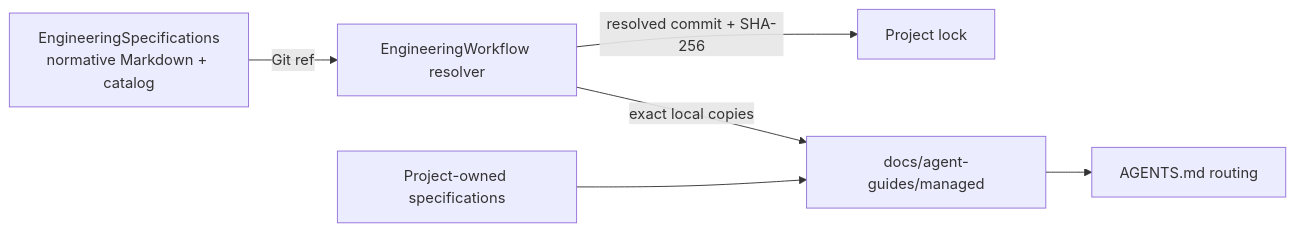
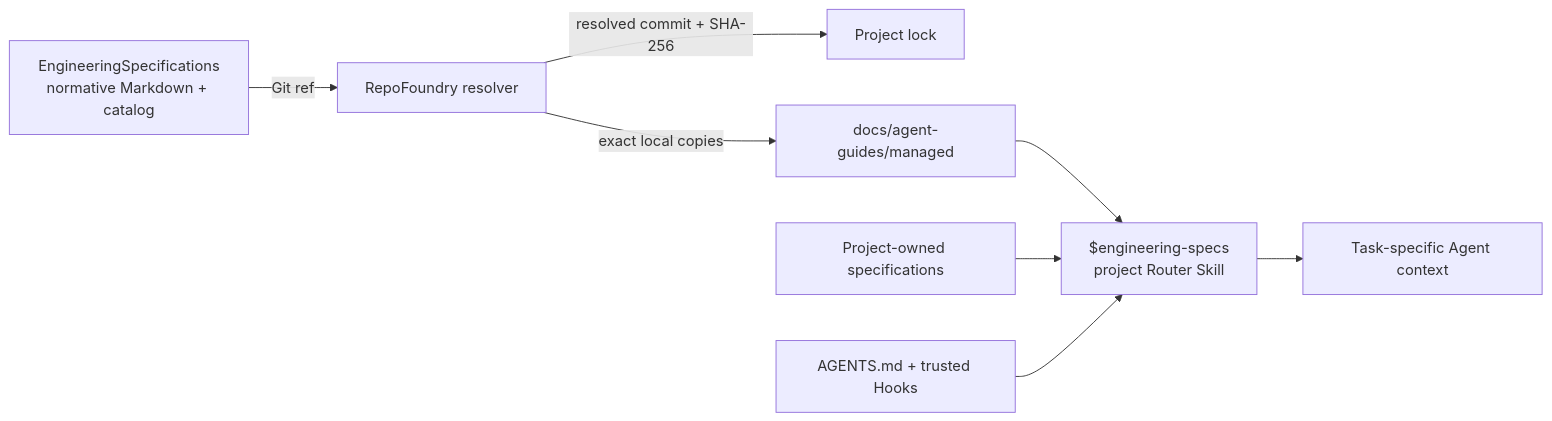
One commit to XiaoWeiKIN/EngineeringSpecifications changed the diagram in README.md. Above: the diagram before and after it, drawn with Mermaid. The commit also changed other lines of this file and 13 other files, not shown here.

````diff
--- a/README.md
+++ b/README.md
@@ -13,8 +13,10 @@
 ```mermaid
 flowchart LR
-    S["EngineeringSpecifications<br/>normative Markdown + catalog"] -->|"Git ref"| W["EngineeringWorkflow resolver"]
+    S["EngineeringSpecifications<br/>normative Markdown + catalog"] -->|"Git ref"| W["RepoFoundry resolver"]
     W -->|"resolved commit + SHA-256"| L["Project lock"]
     W -->|"exact local copies"| M["docs/agent-guides/managed"]
-    P["Project-owned specifications"] --> M
-    M --> A["AGENTS.md routing"]
+    M --> R["$engineering-specs<br/>project Router Skill"]
+    P["Project-owned specifications"] --> R
+    A["AGENTS.md + trusted Hooks"] --> R
+    R --> C["Task-specific Agent context"]
 ```
````
